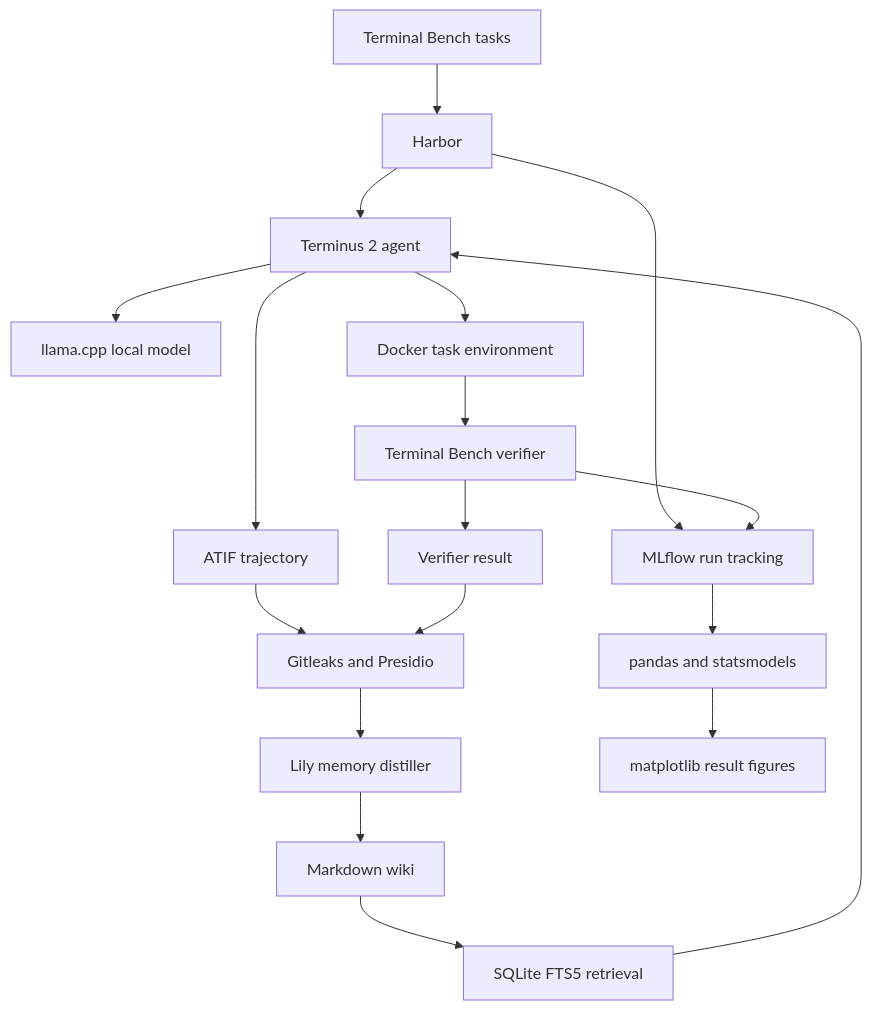
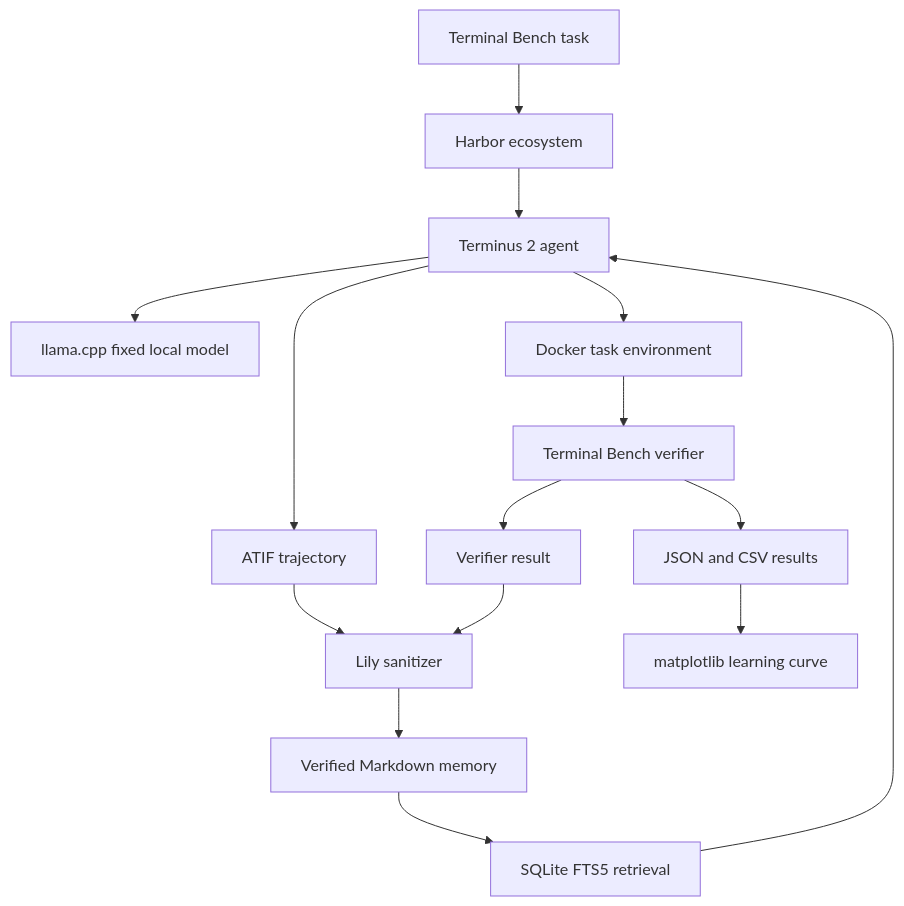
Before and after one commit to raghavan/longtail-inference-lab: the diagram in projects/01_terminal_artifact_memory/SETUP.md, drawn with Mermaid. The commit also changed other lines of this file, not shown here.

Commit message:
Simplify terminal artifact memory setup

````diff
--- a/projects/01_terminal_artifact_memory/SETUP.md
+++ b/projects/01_terminal_artifact_memory/SETUP.md
@@ -19,20 +37,17 @@
 ```mermaid
 flowchart TD
-    A[Terminal Bench tasks] --> B[Harbor]
+    A[Terminal Bench task] --> B[Harbor ecosystem]
     B --> C[Terminus 2 agent]
-    C --> D[llama.cpp local model]
+    C --> D[llama.cpp fixed local model]
     C --> E[Docker task environment]
     E --> F[Terminal Bench verifier]
     C --> G[ATIF trajectory]
     F --> H[Verifier result]
-    G --> I[Gitleaks and Presidio]
+    G --> I[Lily sanitizer]
     H --> I
-    I --> J[Lily memory distiller]
-    J --> K[Markdown wiki]
-    K --> L[SQLite FTS5 retrieval]
-    L --> C
-    B --> M[MLflow run tracking]
-    F --> M
-    M --> N[pandas and statsmodels]
-    N --> O[matplotlib result figures]
+    I --> J[Verified Markdown memory]
+    J --> K[SQLite FTS5 retrieval]
+    K --> C
+    F --> L[JSON and CSV results]
+    L --> M[matplotlib learning curve]
 ```
````
